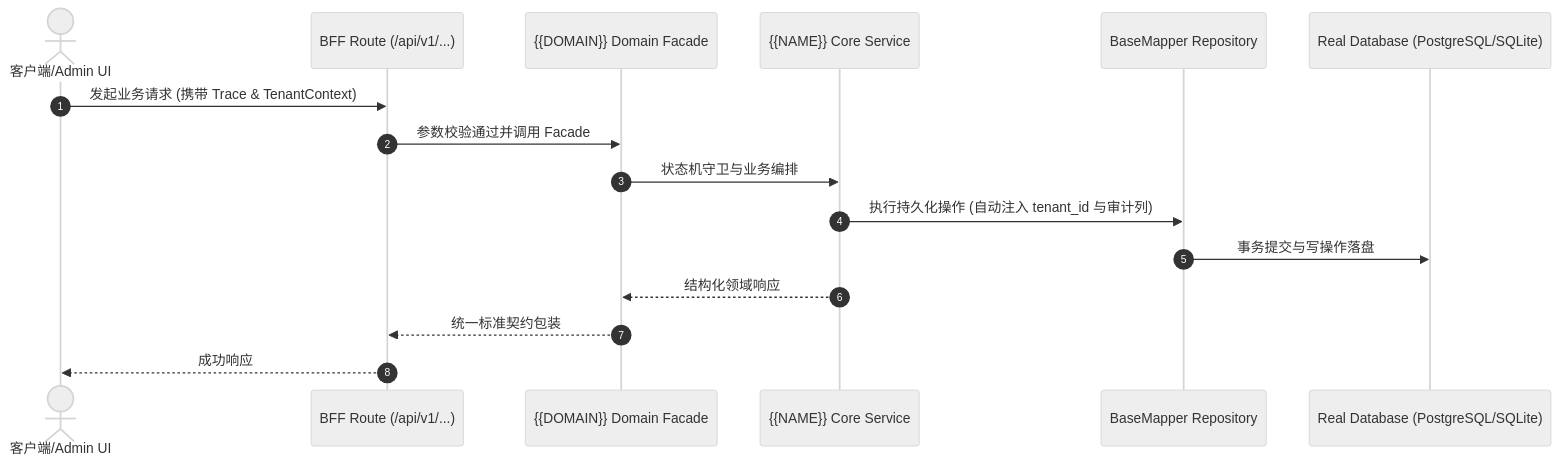
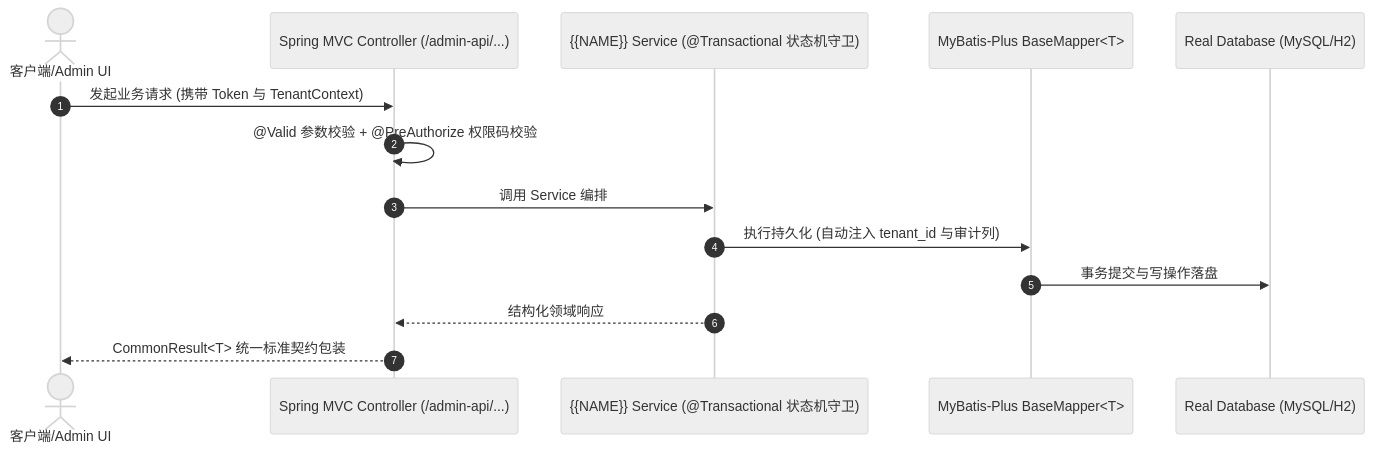
One commit to xaicd/yudao-quad-terminal changed the diagram in .specify/templates/plan-template.md. Above: the diagram before and after it, drawn with Mermaid (neutral theme). The commit also changed other lines of this file and 76 other files, not shown here.

Commit message:
feat(lite): add zero-Docker lite profile with embedded PostgreSQL and embedded Redis, gate checks, and module trim toolchain

````diff
--- a/.specify/templates/plan-template.md
+++ b/.specify/templates/plan-template.md
@@ -19,19 +19,17 @@
 ```mermaid
 sequenceDiagram
     autonumber
     actor User as 客户端/Admin UI
-    participant BFF as BFF Route (/api/v1/...)
-    participant Facade as {{DOMAIN}} Domain Facade
-    participant Service as {{NAME}} Core Service
-    participant Repo as BaseMapper Repository
-    participant DB as Real Database (PostgreSQL/SQLite)
+    participant Ctrl as Spring MVC Controller (/admin-api/...)
+    participant Service as {{NAME}} Service (@Transactional 状态机守卫)
+    participant Repo as MyBatis-Plus BaseMapper<T>
+    participant DB as Real Database (MySQL/H2)
 
-    User->>BFF: 发起业务请求 (携带 Trace & TenantContext)
-    BFF->>Facade: 参数校验通过并调用 Facade
-    Facade->>Service: 状态机守卫与业务编排
-    Service->>Repo: 执行持久化操作 (自动注入 tenant_id 与审计列)
+    User->>Ctrl: 发起业务请求 (携带 Token 与 TenantContext)
+    Ctrl->>Ctrl: @Valid 参数校验 + @PreAuthorize 权限码校验
+    Ctrl->>Service: 调用 Service 编排
+    Service->>Repo: 执行持久化 (自动注入 tenant_id 与审计列)
     Repo->>DB: 事务提交与写操作落盘
-    Service-->>Facade: 结构化领域响应
-    Facade-->>BFF: 统一标准契约包装
-    BFF-->>User: 成功响应
+    Service-->>Ctrl: 结构化领域响应
+    Ctrl-->>User: CommonResult<T> 统一标准契约包装
 ```
````
